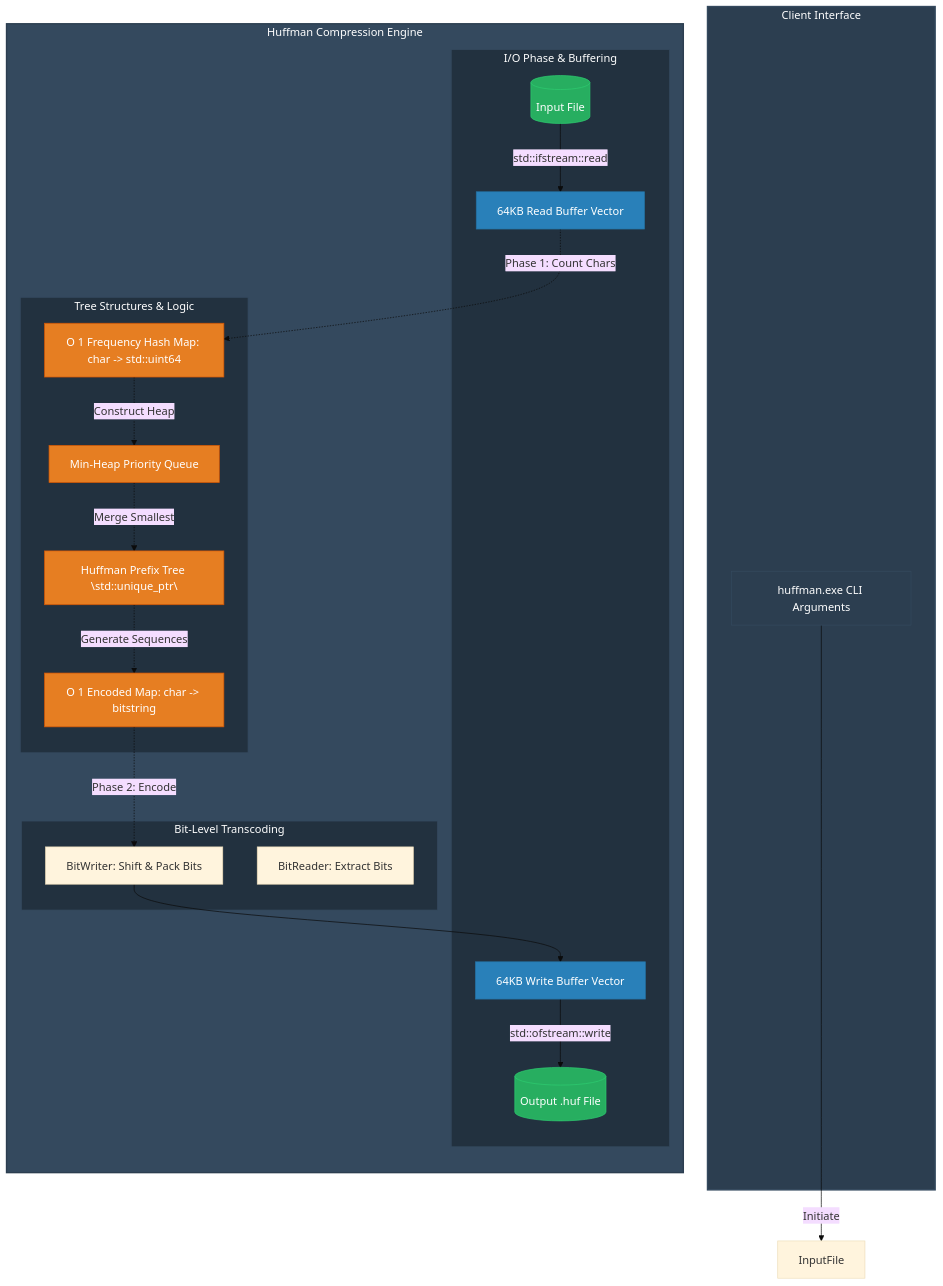
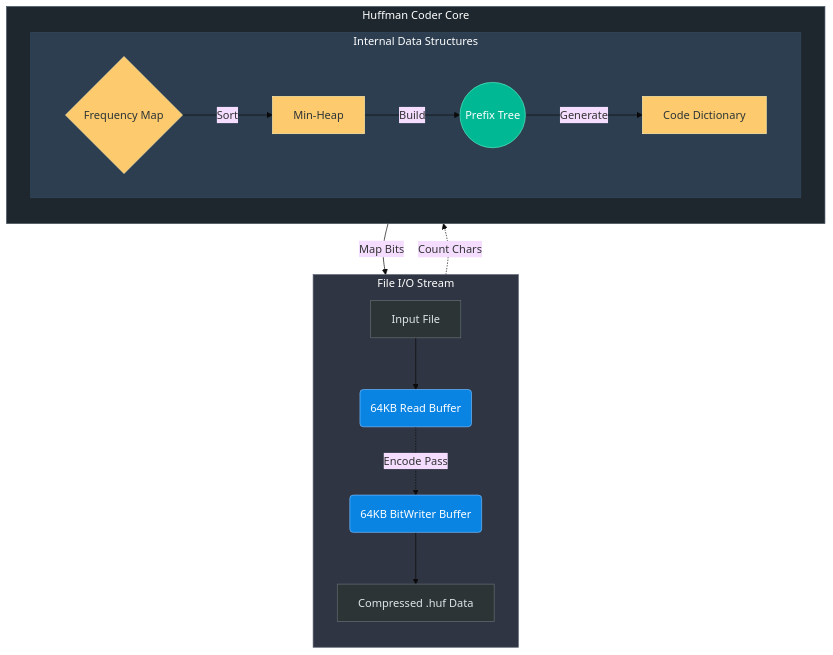
One commit to Komal-ai417/HuffmanProject changed the first of 2 diagrams in README.md. Above: the diagram before and after it, drawn with Mermaid (base theme). The commit also changed other lines of this file, not shown here.

````diff
--- a/README.md
+++ b/README.md
@@ -28,55 +27,41 @@
 ```mermaid
 flowchart TD
-    %% Node Styles
-    classDef client fill:#2C3E50,stroke:#34495E,color:#fff;
-    classDef engine fill:#34495E,stroke:#2C3E50,color:#fff;
-    classDef memory fill:#E67E22,stroke:#D35400,color:#fff;
-    classDef buffer fill:#2980B9,stroke:#2471A3,color:#fff;
-    classDef data fill:#27AE60,stroke:#2ECC71,color:#fff;
-    
-    subgraph ClientSpace [Client Interface]
-        CLI[huffman.exe CLI Arguments]:::client
+    classDef file fill:#2d3436,stroke:#636e72,color:#dfe6e9
+    classDef buffer fill:#0984e3,stroke:#74b9ff,color:#fff
+    classDef struct fill:#fdcb6e,stroke:#ffeaa7,color:#2d3436
+    classDef tree fill:#00b894,stroke:#55efc4,color:#fff
+    classDef bit fill:#d63031,stroke:#ff7675,color:#fff
+
+    subgraph IOStream ["File I/O Stream"]
+        direction TB
+        A[Input File]:::file
+        H[Compressed .huf Data]:::file
+        B(64KB Read Buffer):::buffer
+        G(64KB BitWriter Buffer):::buffer
+        A --> B
+        G --> H
     end
 
-    subgraph CoreEngine [Huffman Compression Engine]
+    subgraph CoderCore ["Huffman Coder Core"]
         direction TB
+        C{Frequency Map}:::struct
+        B -.->|Count Chars| C
         
-        subgraph IOPhase [I/O Phase & Buffering]
-            Input[(Input File)]:::data
-            ReadBuffer[64KB Read Buffer Vector]:::buffer
-            WriteBuffer[64KB Write Buffer Vector]:::buffer
-            Output[(Output .huf File)]:::data
-            
-            Input -->|std::ifstream::read| ReadBuffer
-            WriteBuffer -->|std::ofstream::write| Output
+        subgraph DataStructures ["Internal Data Structures"]
+            direction LR
+            D[Min-Heap]:::struct
+            C -->|Sort| D
+            E((Prefix Tree)):::tree
+            D -->|Build| E
+            F[Code Dictionary]:::struct
+            E -->|Generate| F
         end
-
-        subgraph CompressionLogic [Tree Structures & Logic]
-            FreqMap[O 1 Frequency Hash Map: char -> std::uint64]:::memory
-            MinHeap[Min-Heap Priority Queue]:::memory
-            PrefixTree[Huffman Prefix Tree \std::unique_ptr\]:::memory
-            CodeMap[O 1 Encoded Map: char -> bitstring]:::memory
-            
-            ReadBuffer -. "Phase 1: Count Chars" .-> FreqMap
-            FreqMap -. "Construct Heap" .-> MinHeap
-            MinHeap -. "Merge Smallest" .-> PrefixTree
-            PrefixTree -. "Generate Sequences" .-> CodeMap
-        end
-
-        subgraph BitwiseOps [Bit-Level Transcoding]
-            BitWriter[BitWriter: Shift & Pack Bits]
-            BitReader[BitReader: Extract Bits]
-            
-            CodeMap -. "Phase 2: Encode" .-> BitWriter
-            BitWriter --> WriteBuffer
-        end
+        
+        F -->|Map Bits| G
+        B -.->|Encode Pass| G
     end
 
-    CLI -->|Initiate| InputFile
-
-    style ClientSpace fill:#2c3e50,stroke:#34495e,stroke-width:2px,color:#fff
-    style CoreEngine fill:#34495e,stroke:#2c3e50,stroke-width:2px,color:#fff
-    style CompressionLogic fill:#22313F,stroke:#34495e,stroke-width:1px,color:#fff
-    style IOPhase fill:#22313F,stroke:#34495e,stroke-width:1px,color:#fff
-    style BitwiseOps fill:#22313F,stroke:#34495e,stroke-width:1px,color:#fff
+    style IOStream fill:#2f3542,stroke:#57606f,color:#fff
+    style CoderCore fill:#1e272e,stroke:#485460,color:#fff
+    style DataStructures fill:#2c3e50,stroke:#34495e,color:#fff
 ```
````
